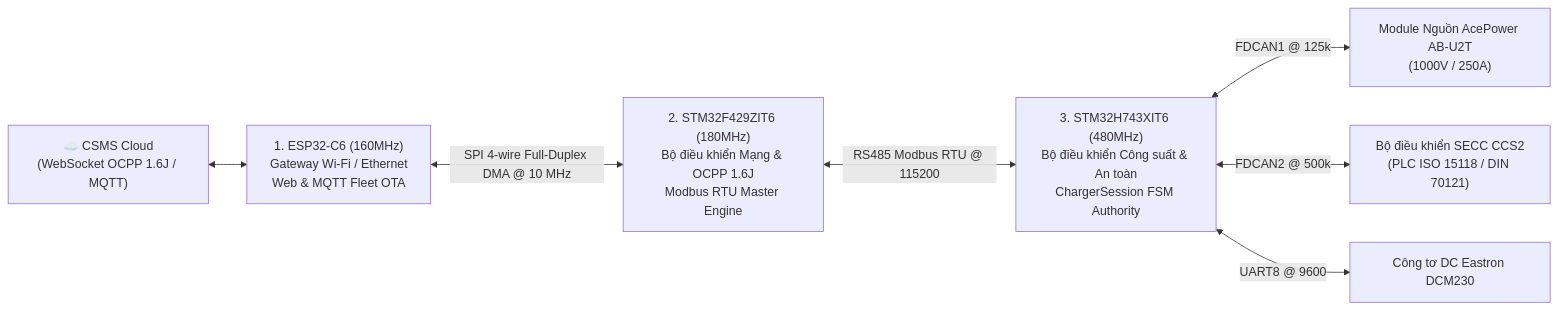
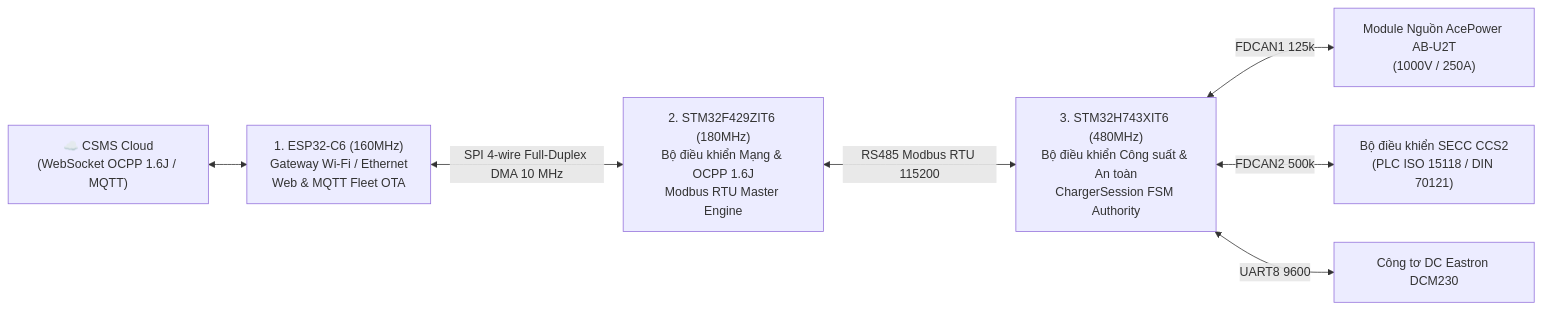
The diagram in 01_EMBEDDED_FIRMWARE/README.md (ngoctoan150699/Docs_evse), drawn with Mermaid before and after one commit. The commit also changed 3 other files, not shown here.

Commit message:
fix(mermaid): sanitize link labels and remove reserved characters to prevent render error

````diff
--- a/01_EMBEDDED_FIRMWARE/README.md
+++ b/01_EMBEDDED_FIRMWARE/README.md
@@ -14,10 +14,10 @@
 ```mermaid
 flowchart LR
     Cloud["☁️ CSMS Cloud<br/>(WebSocket OCPP 1.6J / MQTT)"] <--> ESP["1. ESP32-C6 (160MHz)<br/>Gateway Wi-Fi / Ethernet<br/>Web & MQTT Fleet OTA"]
-    ESP <-->|SPI 4-wire Full-Duplex DMA @ 10 MHz| F4["2. STM32F429ZIT6 (180MHz)<br/>Bộ điều khiển Mạng & OCPP 1.6J<br/>Modbus RTU Master Engine"]
-    F4 <-->|RS485 Modbus RTU @ 115200| H7["3. STM32H743XIT6 (480MHz)<br/>Bộ điều khiển Công suất & An toàn<br/>ChargerSession FSM Authority"]
+    ESP <-->|SPI 4-wire Full-Duplex DMA 10 MHz| F4["2. STM32F429ZIT6 (180MHz)<br/>Bộ điều khiển Mạng & OCPP 1.6J<br/>Modbus RTU Master Engine"]
+    F4 <-->|RS485 Modbus RTU 115200| H7["3. STM32H743XIT6 (480MHz)<br/>Bộ điều khiển Công suất & An toàn<br/>ChargerSession FSM Authority"]
     
-    H7 <-->|FDCAN1 @ 125k| ACE["Module Nguồn AcePower AB-U2T<br/>(1000V / 250A)"]
-    H7 <-->|FDCAN2 @ 500k| SECC["Bộ điều khiển SECC CCS2<br/>(PLC ISO 15118 / DIN 70121)"]
-    H7 <-->|UART8 @ 9600| DCM["Công tơ DC Eastron DCM230"]
+    H7 <-->|FDCAN1 125k| ACE["Module Nguồn AcePower AB-U2T<br/>(1000V / 250A)"]
+    H7 <-->|FDCAN2 500k| SECC["Bộ điều khiển SECC CCS2<br/>(PLC ISO 15118 / DIN 70121)"]
+    H7 <-->|UART8 9600| DCM["Công tơ DC Eastron DCM230"]
 ```
````
